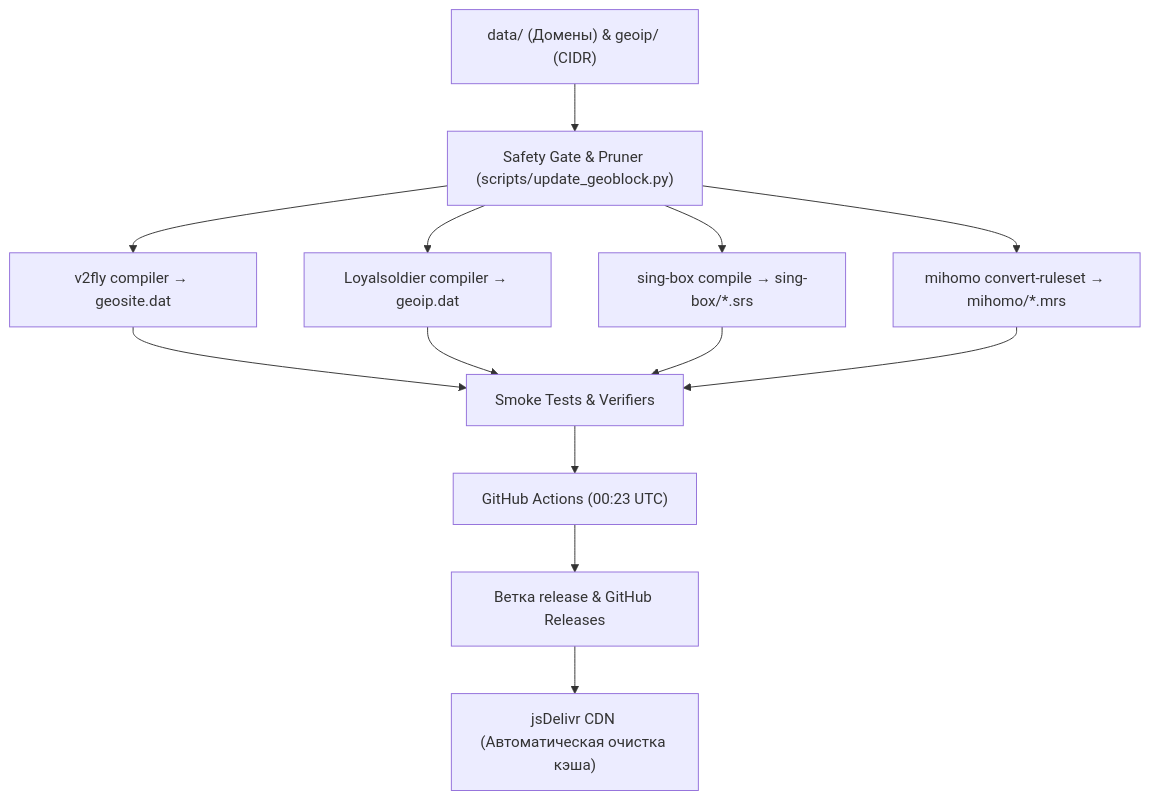
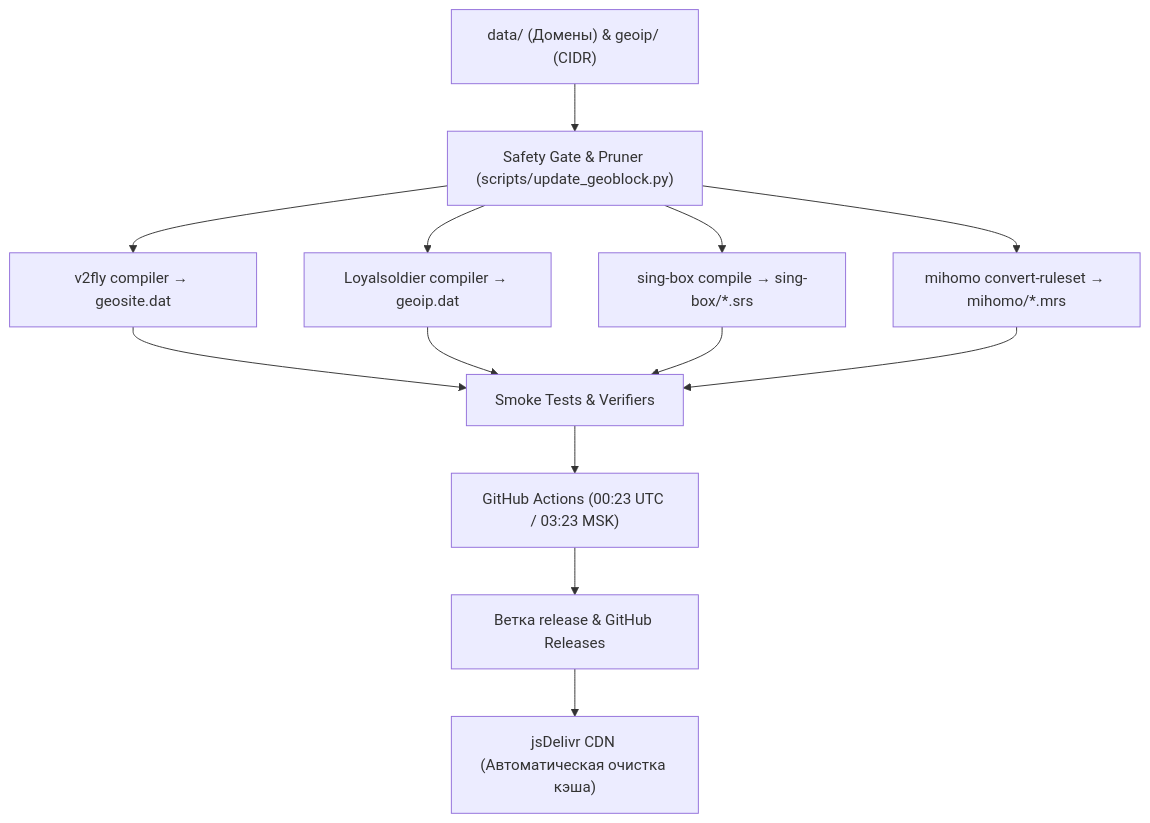
One commit to mvrvntn/routing changed the diagram in README.md. Above: the diagram before and after it, drawn with Mermaid. The commit also changed other lines of this file, not shown here.

````diff
--- a/README.md
+++ b/README.md
@@ -266,12 +214,12 @@
 ```mermaid
 flowchart TD
     A["data/ (Домены) & geoip/ (CIDR)"] --> B["Safety Gate & Pruner (scripts/update_geoblock.py)"]
     B --> C1["v2fly compiler → geosite.dat"]
     B --> C2["Loyalsoldier compiler → geoip.dat"]
     B --> C3["sing-box compile → sing-box/*.srs"]
     B --> C4["mihomo convert-ruleset → mihomo/*.mrs"]
     C1 & C2 & C3 & C4 --> D["Smoke Tests & Verifiers"]
-    D --> E["GitHub Actions (00:23 UTC)"]
+    D --> E["GitHub Actions (00:23 UTC / 03:23 MSK)"]
     E --> F["Ветка release & GitHub Releases"]
     F --> G["jsDelivr CDN (Автоматическая очистка кэша)"]
 ```
````
